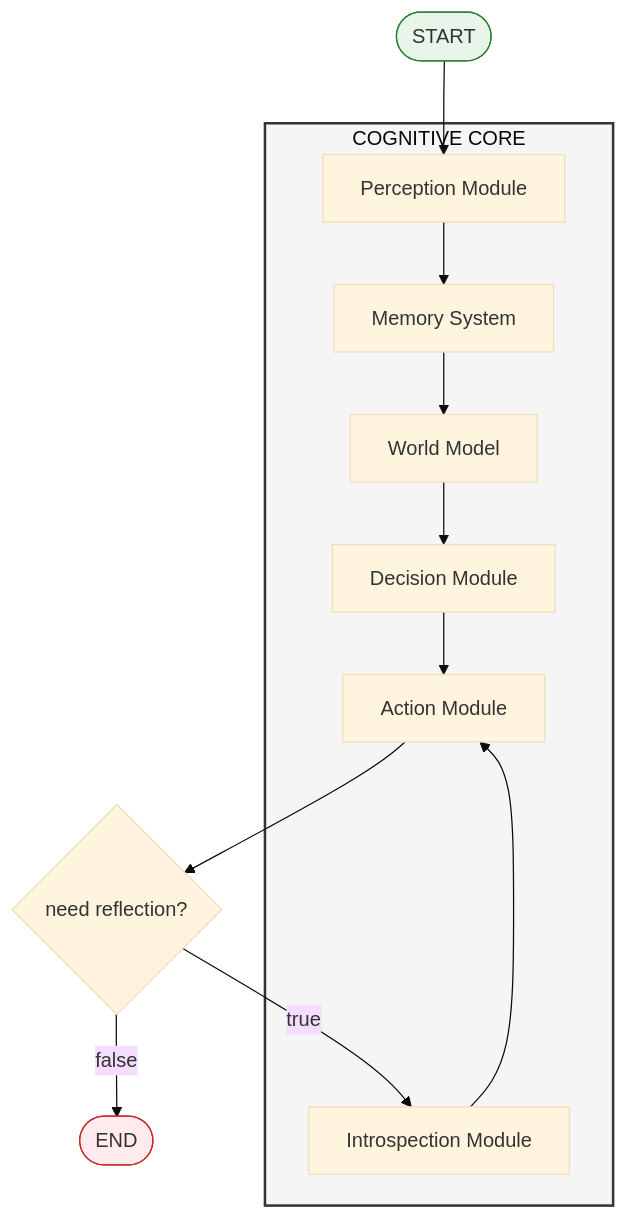
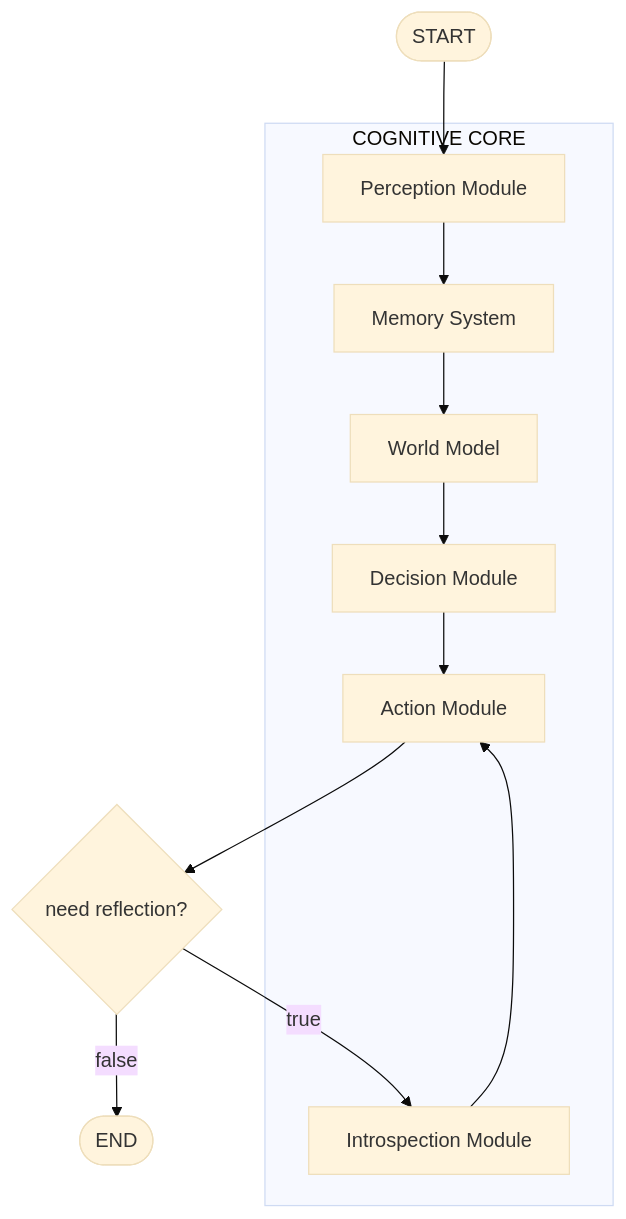
The diagram in README.md (KotingGG/Game-Agnostic-Cognitive-Player), drawn with Mermaid (base theme) before and after one commit.

Commit message:
docs: graph update

````diff
--- a/README.md
+++ b/README.md
@@ -133,27 +133,23 @@
 ```mermaid
 graph TD
     START([START]) --> Perception
 
     subgraph CORE [COGNITIVE CORE]
         Perception["Perception Module"]
         Memory["Memory System"]
         WorldModel["World Model"]
         Decision["Decision Module"]
         Action["Action Module"]
         Introspection["Introspection Module"]
 
         Perception --> Memory
         Memory --> WorldModel
         WorldModel --> Decision
         Decision --> Action
     end
 
     Action --> Check{need reflection?}
     Check -->|true| Introspection
     Introspection --> Action
     Check -->|false| END([END])
-
-    style CORE fill:#f5f5f5,stroke:#333,stroke-width:2px
-    style START fill:#e8f5e9,stroke:#2e7d32
-    style END fill:#ffebee,stroke:#c62828
 ```
````
